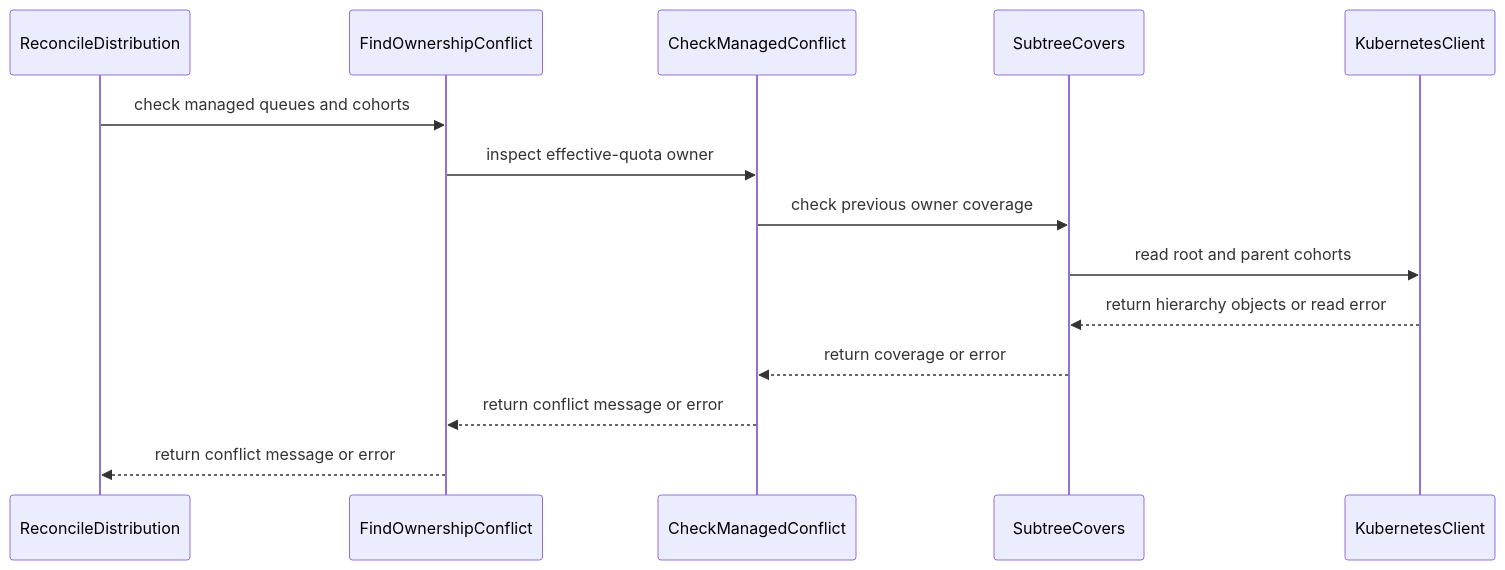
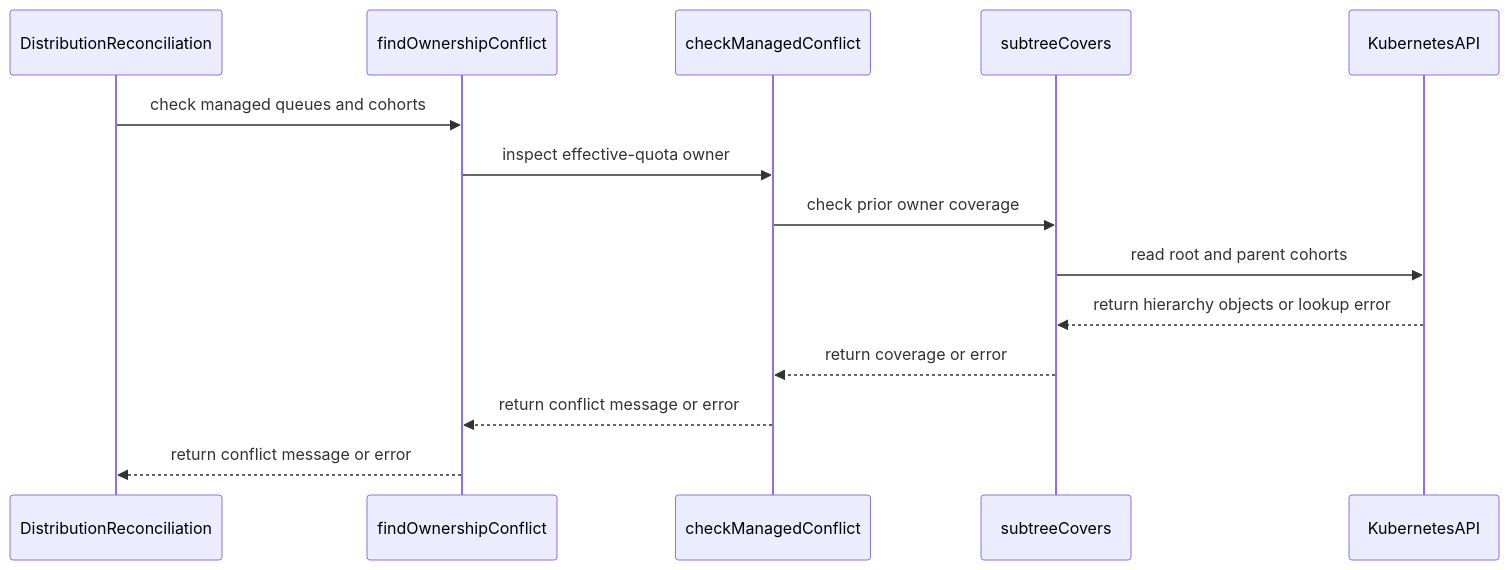
The diagram in raw/github/kubernetes-sigs__kueue/pr-18594.md (reruno/kueue-llm-wiki), drawn with Mermaid before and after one commit. The commit also changed other lines of this file and 1319 other files, not shown here.

````diff
--- a/raw/github/kubernetes-sigs__kueue/pr-18594.md
+++ b/raw/github/kubernetes-sigs__kueue/pr-18594.md
@@ -154,16 +160,16 @@
 ```mermaid
 sequenceDiagram
-  participant ReconcileDistribution
-  participant FindOwnershipConflict
-  participant CheckManagedConflict
-  participant SubtreeCovers
-  participant KubernetesClient
-  ReconcileDistribution->>FindOwnershipConflict: check managed queues and cohorts
-  FindOwnershipConflict->>CheckManagedConflict: inspect effective-quota owner
-  CheckManagedConflict->>SubtreeCovers: check previous owner coverage
-  SubtreeCovers->>KubernetesClient: read root and parent cohorts
-  KubernetesClient-->>SubtreeCovers: return hierarchy objects or read error
-  SubtreeCovers-->>CheckManagedConflict: return coverage or error
-  CheckManagedConflict-->>FindOwnershipConflict: return conflict message or error
-  FindOwnershipConflict-->>ReconcileDistribution: return conflict message or error
+  participant DistributionReconciliation
+  participant findOwnershipConflict
+  participant checkManagedConflict
+  participant subtreeCovers
+  participant KubernetesAPI
+  DistributionReconciliation->>findOwnershipConflict: check managed queues and cohorts
+  findOwnershipConflict->>checkManagedConflict: inspect effective-quota owner
+  checkManagedConflict->>subtreeCovers: check prior owner coverage
+  subtreeCovers->>KubernetesAPI: read root and parent cohorts
+  KubernetesAPI-->>subtreeCovers: return hierarchy objects or lookup error
+  subtreeCovers-->>checkManagedConflict: return coverage or error
+  checkManagedConflict-->>findOwnershipConflict: return conflict message or error
+  findOwnershipConflict-->>DistributionReconciliation: return conflict message or error
 ```
````
